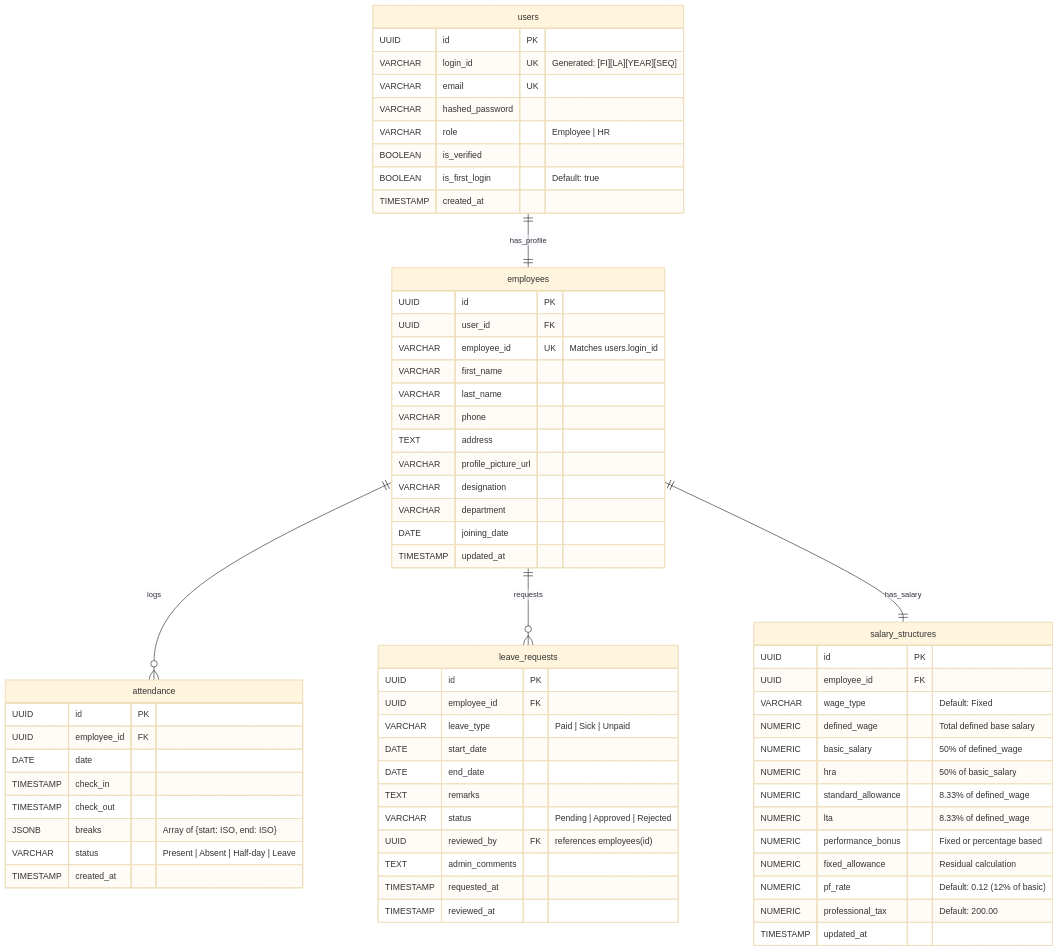
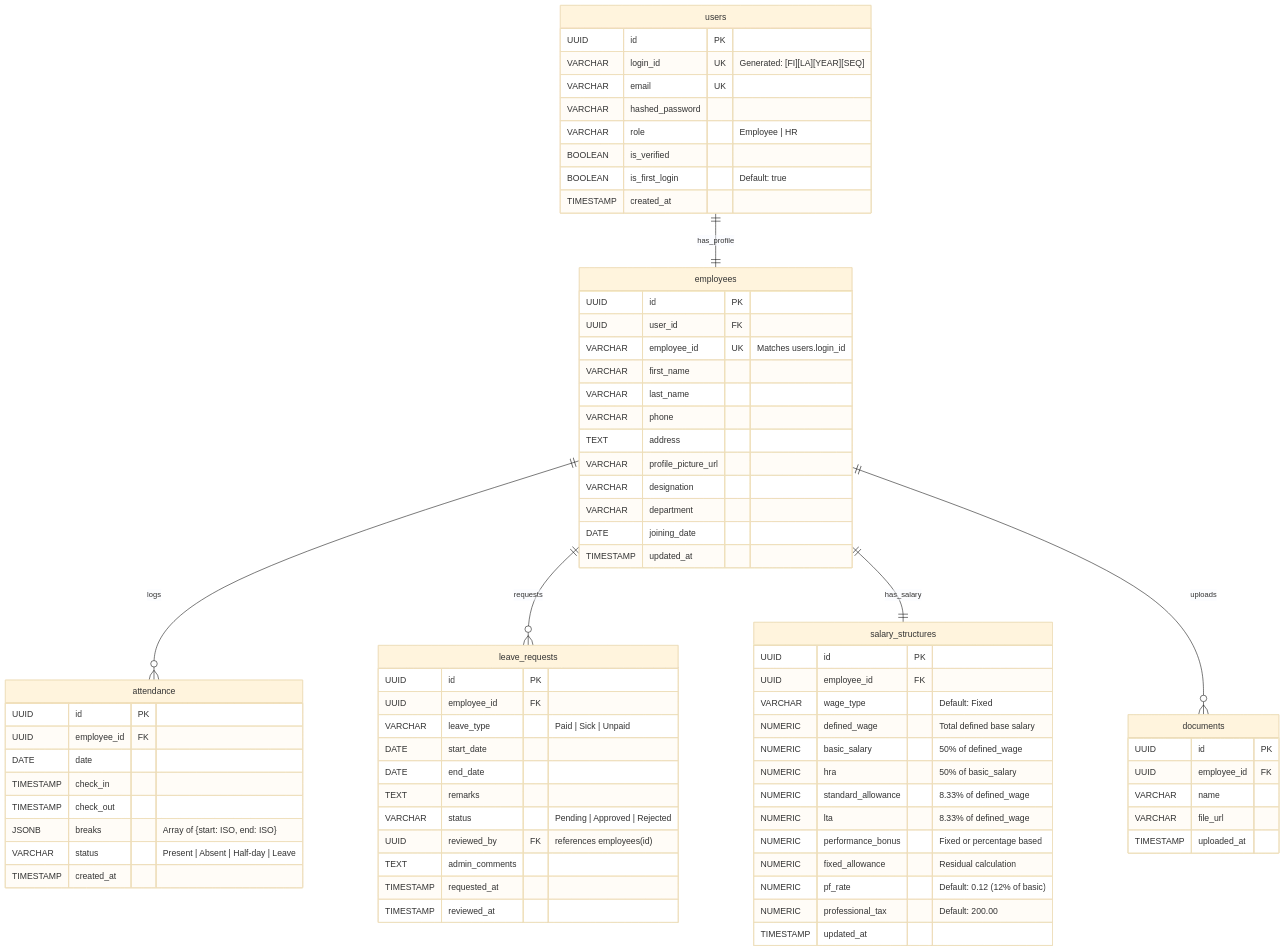
One commit to abhiyaligar/Dayflow changed the diagram in docs/database_architecture.md. Above: the diagram before and after it, drawn with Mermaid (base theme). The commit also changed other lines of this file and 1 other file, not shown here.

Commit message:
Update API reference and Database architecture documentation for document management

````diff
--- a/docs/database_architecture.md
+++ b/docs/database_architecture.md
@@ -19,6 +19,7 @@
     employees ||--o{ attendance : "logs"
     employees ||--o{ leave_requests : "requests"
     employees ||--|| salary_structures : "has_salary"
+    employees ||--o{ documents : "uploads"
 
     users {
         UUID id PK
@@ -86,4 +87,12 @@
         NUMERIC professional_tax "Default: 200.00"
         TIMESTAMP updated_at
     }
+
+    documents {
+        UUID id PK
+        UUID employee_id FK
+        VARCHAR name
+        VARCHAR file_url
+        TIMESTAMP uploaded_at
+    }
 ```
````
